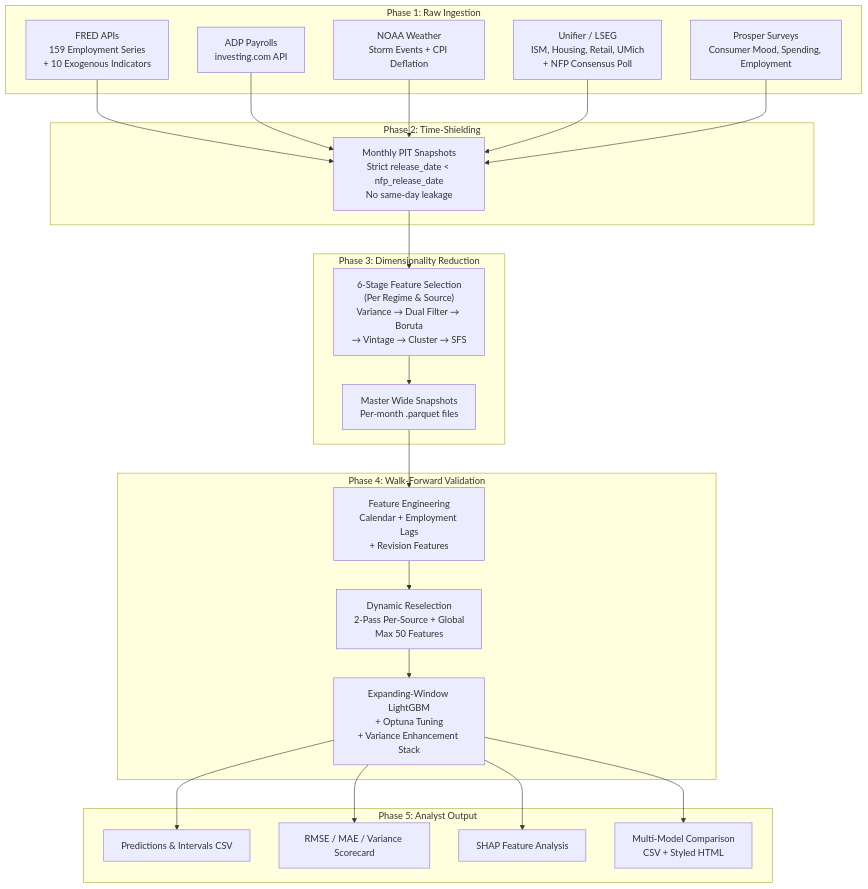
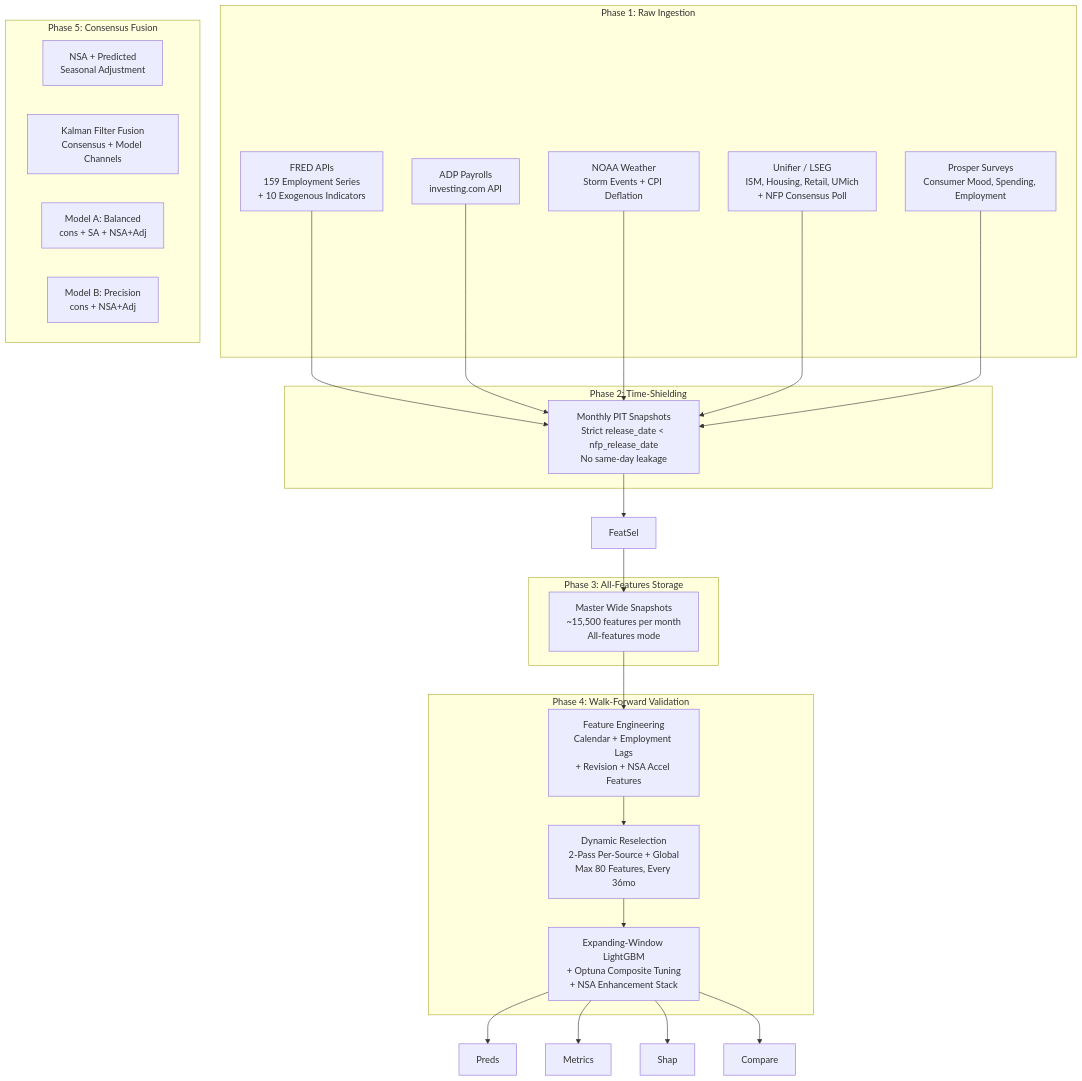
One commit to dhruvk1432/NFP_Predictor changed the diagram in README.md. Above: the diagram before and after it, drawn with Mermaid. The commit also changed other lines of this file and 17 other files, not shown here.

````diff
--- a/README.md
+++ b/README.md
@@ -71,48 +81,47 @@
 ```mermaid
 flowchart TD
     subgraph "Phase 1: Raw Ingestion"
         FRED[FRED APIs<br/>159 Employment Series<br/>+ 10 Exogenous Indicators]
         ADP[ADP Payrolls<br/>investing.com API]
         NOAA[NOAA Weather<br/>Storm Events + CPI Deflation]
         Unifier[Unifier / LSEG<br/>ISM, Housing, Retail, UMich<br/>+ NFP Consensus Poll]
         Prosper[Prosper Surveys<br/>Consumer Mood, Spending, Employment]
     end
 
     subgraph "Phase 2: Time-Shielding"
         Snap[Monthly PIT Snapshots<br/>Strict release_date < nfp_release_date<br/>No same-day leakage]
     end
 
-    subgraph "Phase 3: Dimensionality Reduction"
-        FeatSel["6-Stage Feature Selection<br/>(Per Regime & Source)<br/>Variance → Dual Filter → Boruta<br/>→ Vintage → Cluster → SFS"]
-        Master[Master Wide Snapshots<br/>Per-month .parquet files]
+    subgraph "Phase 3: All-Features Storage"
+        Master[Master Wide Snapshots<br/>~15,500 features per month<br/>All-features mode]
     end
 
     subgraph "Phase 4: Walk-Forward Validation"
-        Pool[Feature Engineering<br/>Calendar + Employment Lags<br/>+ Revision Features]
-        DynFS[Dynamic Reselection<br/>2-Pass Per-Source + Global<br/>Max 50 Features]
-        Train[Expanding-Window LightGBM<br/>+ Optuna Tuning<br/>+ Variance Enhancement Stack]
+        Pool[Feature Engineering<br/>Calendar + Employment Lags<br/>+ Revision + NSA Accel Features]
+        DynFS[Dynamic Reselection<br/>2-Pass Per-Source + Global<br/>Max 80 Features, Every 36mo]
+        Train[Expanding-Window LightGBM<br/>+ Optuna Composite Tuning<br/>+ NSA Enhancement Stack]
     end
 
-    subgraph "Phase 5: Analyst Output"
-        Preds[Predictions & Intervals CSV]
-        Metrics[RMSE / MAE / Variance Scorecard]
-        Shap[SHAP Feature Analysis]
-        Compare[Multi-Model Comparison<br/>CSV + Styled HTML]
+    subgraph "Phase 5: Consensus Fusion"
+        Adj[NSA + Predicted<br/>Seasonal Adjustment]
+        Kalman[Kalman Filter Fusion<br/>Consensus + Model Channels]
+        ModelA[Model A: Balanced<br/>cons + SA + NSA+Adj]
+        ModelB[Model B: Precision<br/>cons + NSA+Adj]
     end
 
     FRED --> Snap
     ADP --> Snap
     NOAA --> Snap
     Unifier --> Snap
     Prosper --> Snap
 
     Snap --> FeatSel
     FeatSel --> Master
     Master --> Pool
     Pool --> DynFS
     DynFS --> Train
     Train --> Preds
     Train --> Metrics
     Train --> Shap
     Train --> Compare
 ```
````
